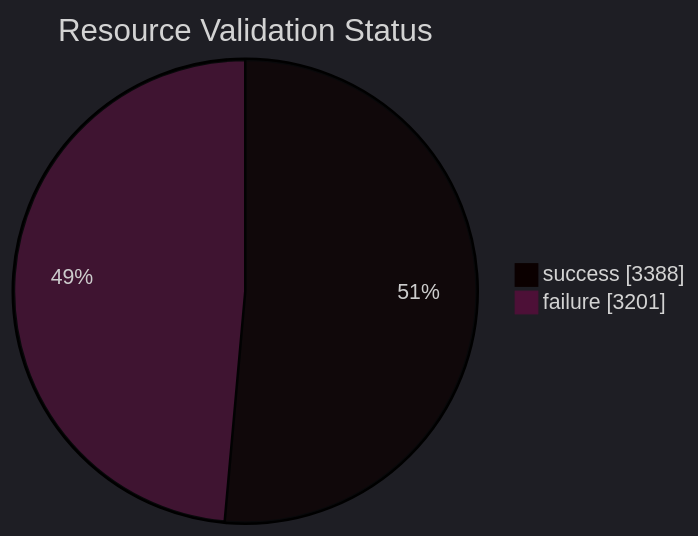
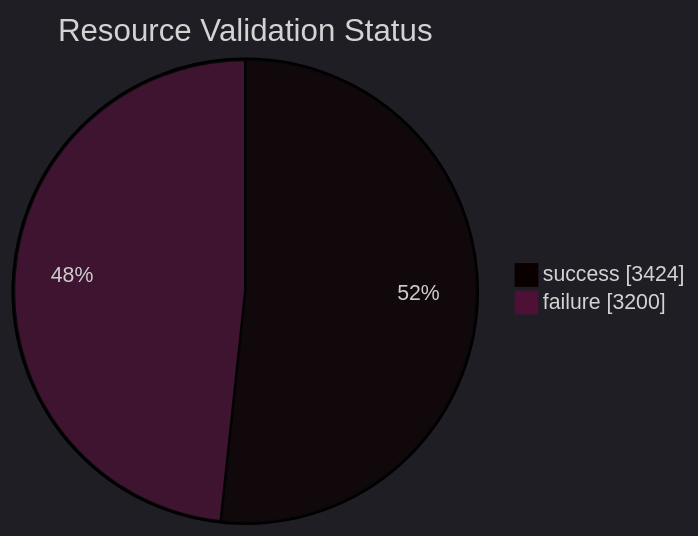
The diagram in datastore_tracker/resource_validation_status_pie_chart.md (open-data/analytics-corporate-reporting), drawn with Mermaid before and after one commit. The commit also changed 9 other files, not shown here.

````diff
--- a/datastore_tracker/resource_validation_status_pie_chart.md
+++ b/datastore_tracker/resource_validation_status_pie_chart.md
@@ -2,9 +2,9 @@
 ```mermaid
 ---
 config:
   theme: dark
 ---
 pie showData title Resource Validation Status
-    "success": 3388
-    "failure": 3201
+    "success": 3424
+    "failure": 3200
 ```
````
